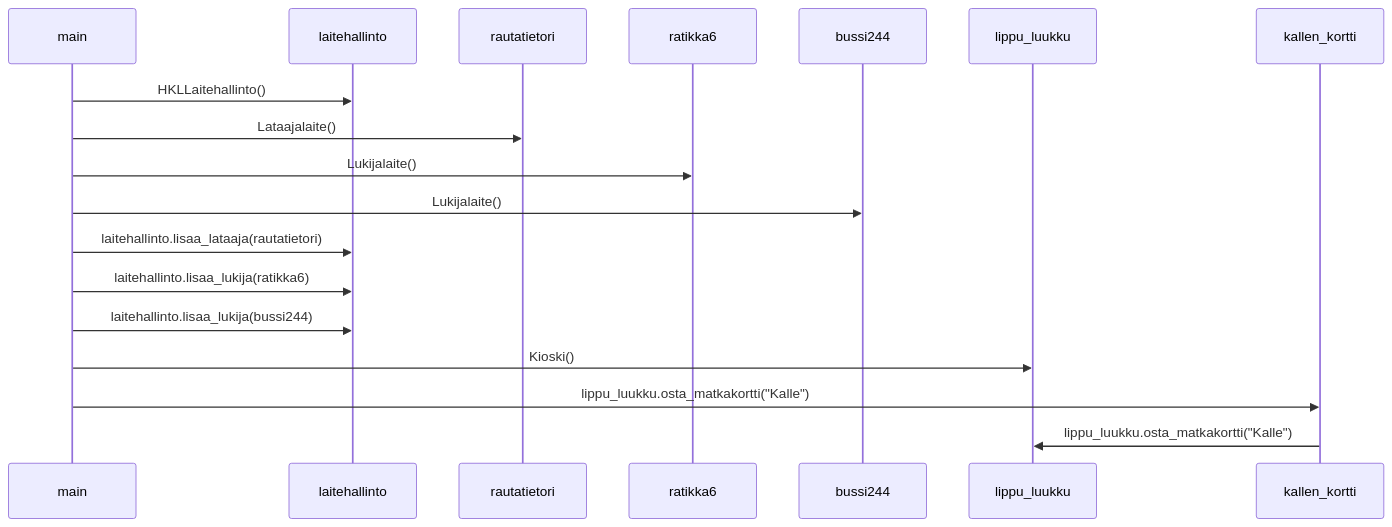
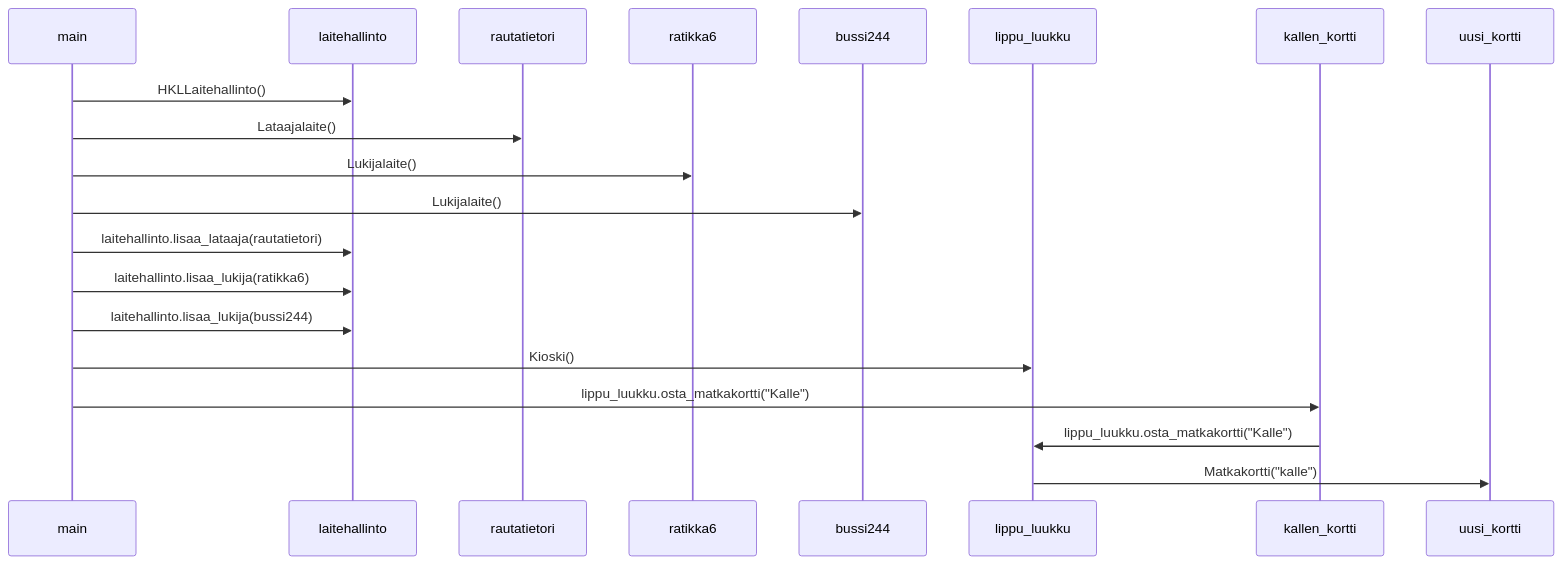
Before and after one commit to kodtld/TravelHub: the diagram in laskarit/viikko3/teht_4_sekvenssikaavio.md, drawn with Mermaid.

````diff
--- a/laskarit/viikko3/teht_4_sekvenssikaavio.md
+++ b/laskarit/viikko3/teht_4_sekvenssikaavio.md
@@ -1,16 +1,14 @@
 ```mermaid
  sequenceDiagram
      main->>laitehallinto: HKLLaitehallinto()
      main->>rautatietori : Lataajalaite()
      main->>ratikka6 : Lukijalaite()
      main->>bussi244 : Lukijalaite()
      main->>laitehallinto: laitehallinto.lisaa_lataaja(rautatietori)
      main->>laitehallinto: laitehallinto.lisaa_lukija(ratikka6)
      main->>laitehallinto: laitehallinto.lisaa_lukija(bussi244)
      main->>lippu_luukku: Kioski()
      main->>kallen_kortti: lippu_luukku.osta_matkakortti("Kalle")
      kallen_kortti->>lippu_luukku: lippu_luukku.osta_matkakortti("Kalle")
-     
-
-
+     lippu_luukku->>uusi_kortti: Matkakortti("kalle")
 ```
````
